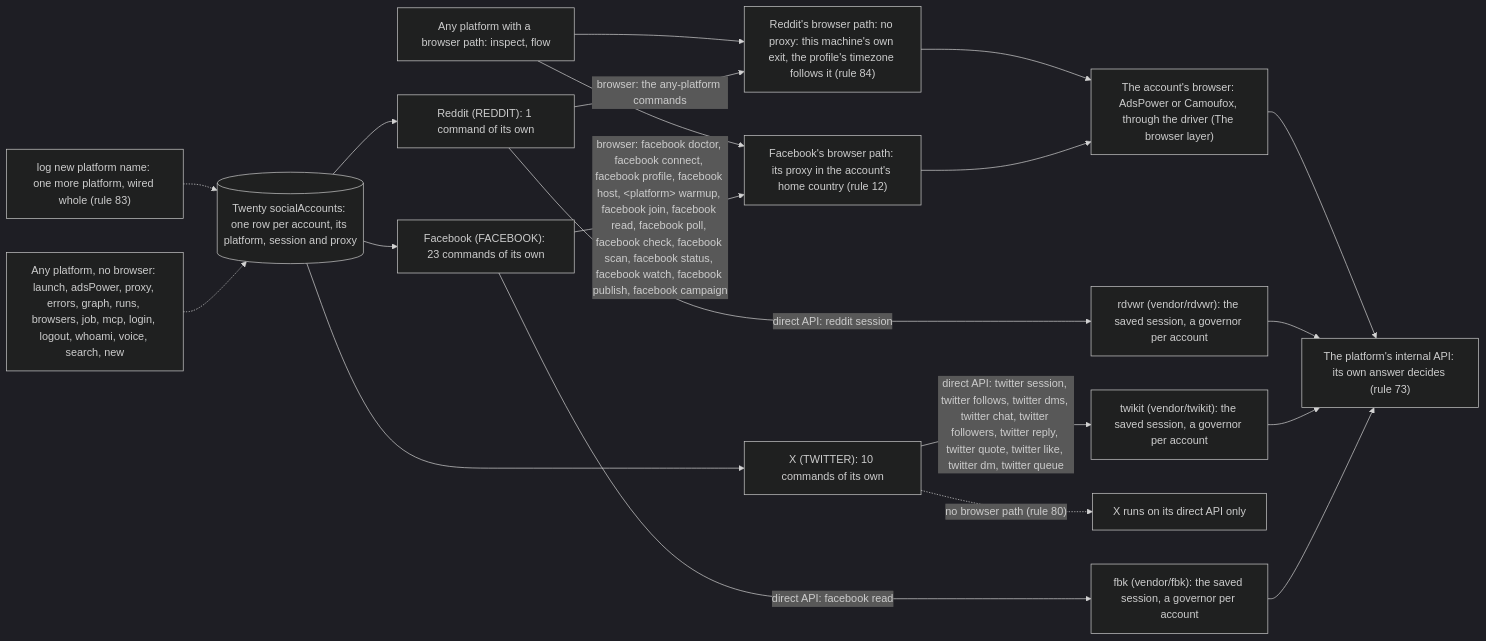
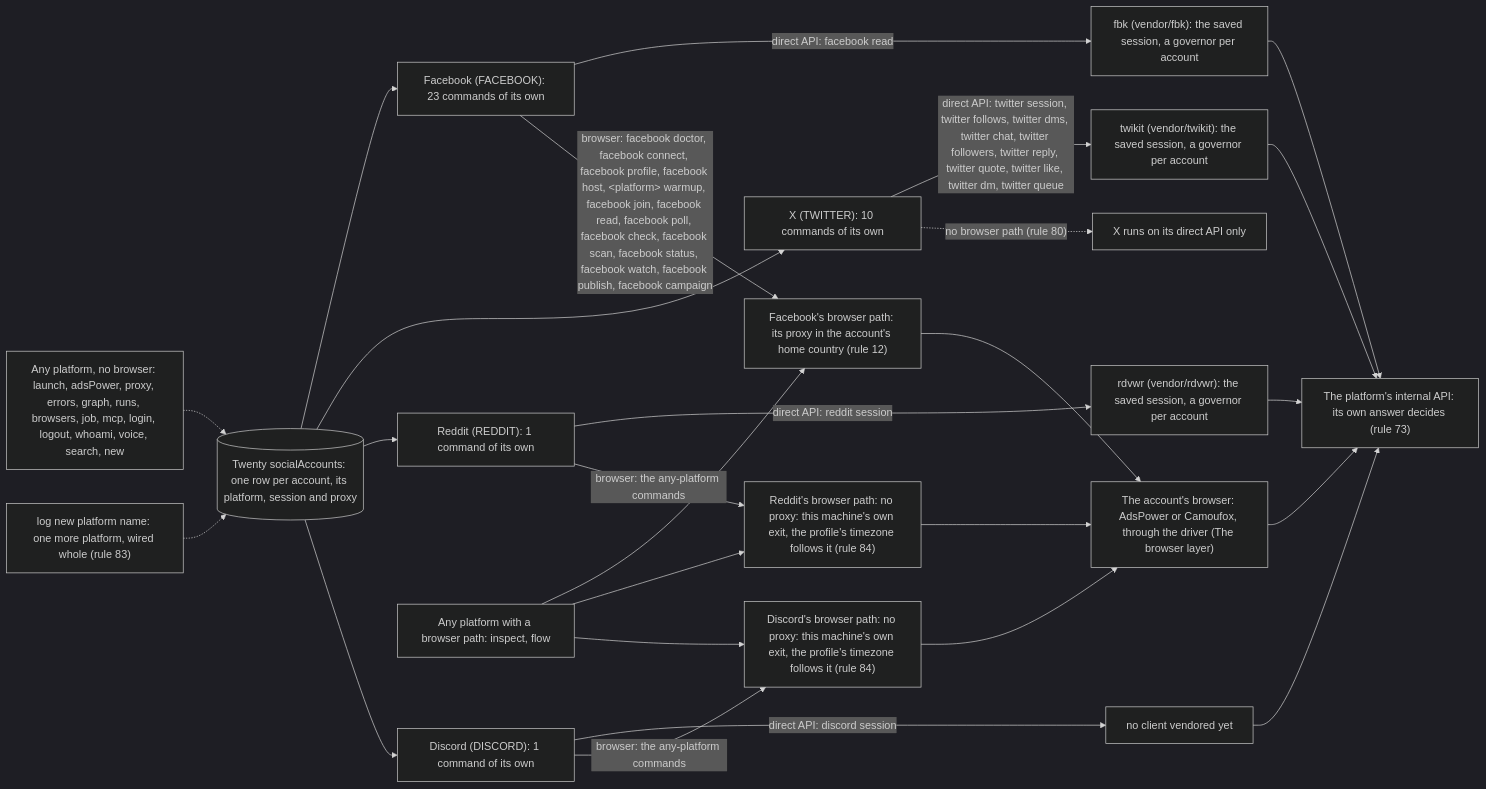
The first of 6 diagrams in README.md (matthewdonsemail-lab/log), drawn with Mermaid (dark theme) before and after one commit. The commit also changed other lines of this file and 28 other files, not shown here.

Commit message:
feat(discord): Discord as a platform, and log inspect records WebSocket frames

````diff
--- a/README.md
+++ b/README.md
@@ -126,30 +126,37 @@
 ```mermaid
 flowchart LR
   twenty[("Twenty socialAccounts: one row per account, its platform, session and proxy")]
   api["The platform's internal API: its own answer decides (rule 73)"]
   drivers["The account's browser: AdsPower or Camoufox, through the driver (The browser layer)"]
   p_facebook["Facebook (FACEBOOK): 23 commands of its own"]
   twenty --> p_facebook
   p_facebook -->|"direct API: facebook read"| e_fbk["fbk (vendor/fbk): the saved session, a governor per account"]
   e_fbk --> api
   p_facebook -->|"browser: facebook doctor, facebook connect, facebook profile, facebook host, #lt;platform#gt; warmup, facebook join, facebook read, facebook poll, facebook check, facebook scan, facebook status, facebook watch, facebook publish, facebook campaign"| b_facebook["Facebook's browser path: its proxy in the account's home country (rule 12)"]
   b_facebook --> drivers
   p_twitter["X (TWITTER): 10 commands of its own"]
   twenty --> p_twitter
   p_twitter -->|"direct API: twitter session, twitter follows, twitter dms, twitter chat, twitter followers, twitter reply, twitter quote, twitter like, twitter dm, twitter queue"| e_twikit["twikit (vendor/twikit): the saved session, a governor per account"]
   e_twikit --> api
   p_twitter -.->|"no browser path (rule 80)"| nob_twitter["X runs on its direct API only"]
   p_reddit["Reddit (REDDIT): 1 command of its own"]
   twenty --> p_reddit
   p_reddit -->|"direct API: reddit session"| e_rdvwr["rdvwr (vendor/rdvwr): the saved session, a governor per account"]
   e_rdvwr --> api
   p_reddit -->|"browser: the any-platform commands"| b_reddit["Reddit's browser path: no proxy: this machine's own exit, the profile's timezone follows it (rule 84)"]
   b_reddit --> drivers
+  p_discord["Discord (DISCORD): 1 command of its own"]
+  twenty --> p_discord
+  p_discord -->|"direct API: discord session"| e_no_client_vendored_yet["no client vendored yet"]
+  e_no_client_vendored_yet --> api
+  p_discord -->|"browser: the any-platform commands"| b_discord["Discord's browser path: no proxy: this machine's own exit, the profile's timezone follows it (rule 84)"]
+  b_discord --> drivers
   anyB["Any platform with a browser path: inspect, flow"]
   anyB --> b_facebook
   anyB --> b_reddit
+  anyB --> b_discord
   anyN["Any platform, no browser: launch, adsPower, proxy, errors, graph, runs, browsers, job, mcp, login, logout, whoami, voice, search, new"]
   anyN -.-> twenty
   newP["log new platform name: one more platform, wired whole (rule 83)"] -.-> twenty
   drivers --> api
 ```
````
